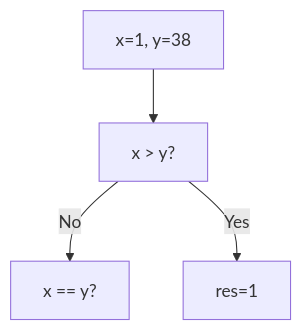
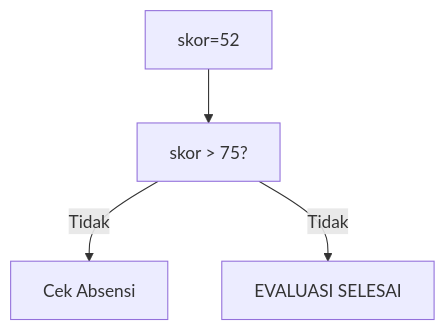
The ninth of 25 diagrams in part-c-pemahaman-cpp/02-percabangan/latihan/set-04.md (amnahwaida/OSNK_INF_PREP), drawn with Mermaid before and after one commit. The commit also changed other lines of this file and 71 other files, not shown here.

````diff
--- a/part-c-pemahaman-cpp/02-percabangan/latihan/set-04.md
+++ b/part-c-pemahaman-cpp/02-percabangan/latihan/set-04.md
@@ -248,6 +255,6 @@
 ```mermaid
 graph TD
-A["x=1, y=38"] --> B["x > y?"]
-B -- No --> C["x == y?"]
-B -- Yes --> D[res=1]
+A["skor=52"] --> B["skor > 75?"]
+B -- Tidak --> C["Cek Absensi"]
+B -- Tidak --> D["EVALUASI SELESAI"]
 ```
````
